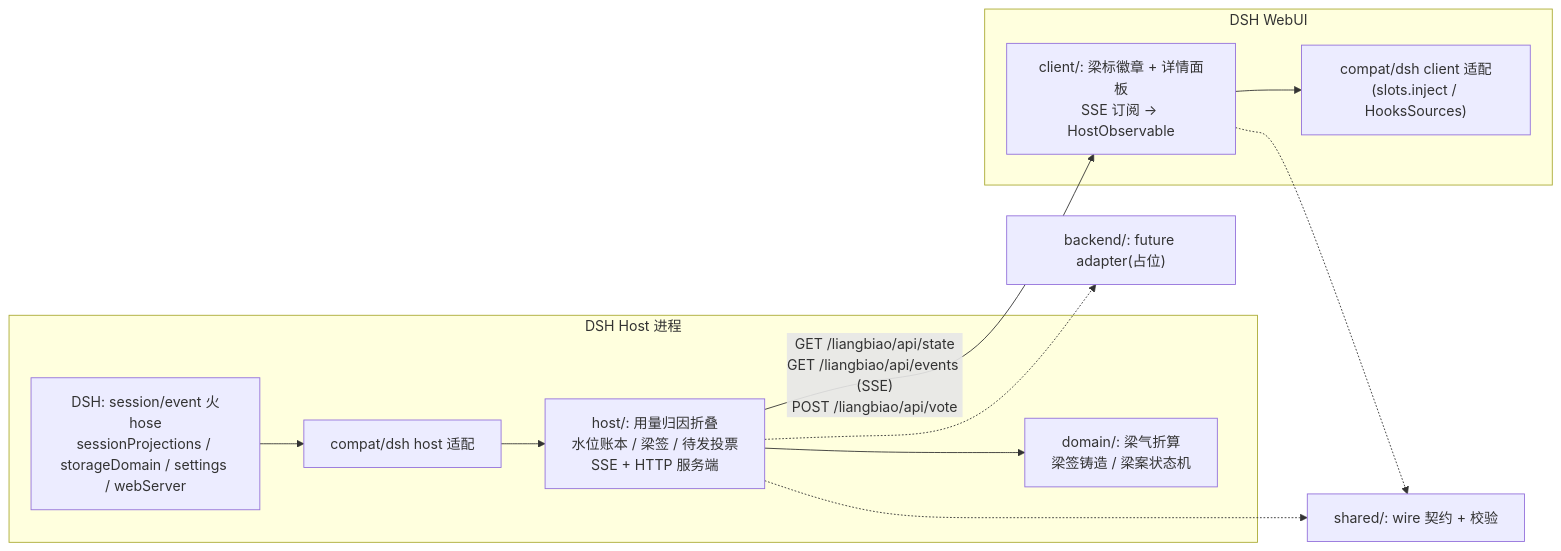
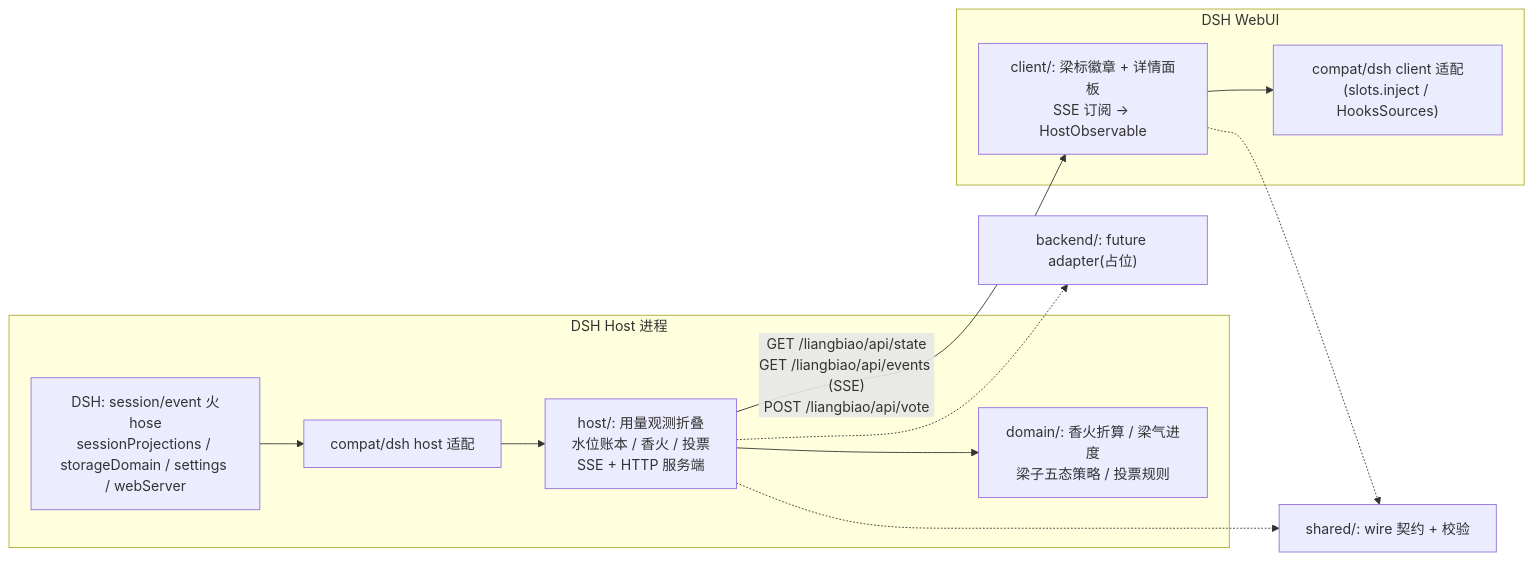
One commit to liang-today/dsh-liangxiang changed the diagram in docs/002-architecture.md. Above: the diagram before and after it, drawn with Mermaid. The commit also changed other lines of this file and 39 other files, not shown here.

````diff
--- a/docs/002-architecture.md
+++ b/docs/002-architecture.md
@@ -27,22 +29,22 @@
 ```mermaid
 flowchart LR
   subgraph hostProc [DSH Host 进程]
     dshHost["DSH: session/event 火hose<br/>sessionProjections / storageDomain / settings / webServer"]
     compatH[compat/dsh host 适配]
-    hostCore["host/: 用量归因折叠<br/>水位账本 / 梁签 / 待发投票<br/>SSE + HTTP 服务端"]
-    domain["domain/: 梁气折算<br/>梁签铸造 / 梁案状态机"]
+    hostCore["host/: 用量观测折叠<br/>水位账本 / 香火 / 投票<br/>SSE + HTTP 服务端"]
+    domain["domain/: 香火折算 / 梁气进度<br/>梁子五态策略 / 投票规则"]
     dshHost --> compatH --> hostCore
     hostCore --> domain
   end
   subgraph browser [DSH WebUI]
     compatC["compat/dsh client 适配<br/>(slots.inject / HooksSources)"]
     clientCore["client/: 梁标徽章 + 详情面板<br/>SSE 订阅 → HostObservable"]
     clientCore --> compatC
   end
   shared["shared/: wire 契约 + 校验"]
   hostCore -- "GET /liangbiao/api/state<br/>GET /liangbiao/api/events (SSE)<br/>POST /liangbiao/api/vote" --> clientCore
   hostCore -.-> shared
   clientCore -.-> shared
   backendA["backend/: future adapter(占位)"]
   hostCore -.-> backendA
 ```
````
